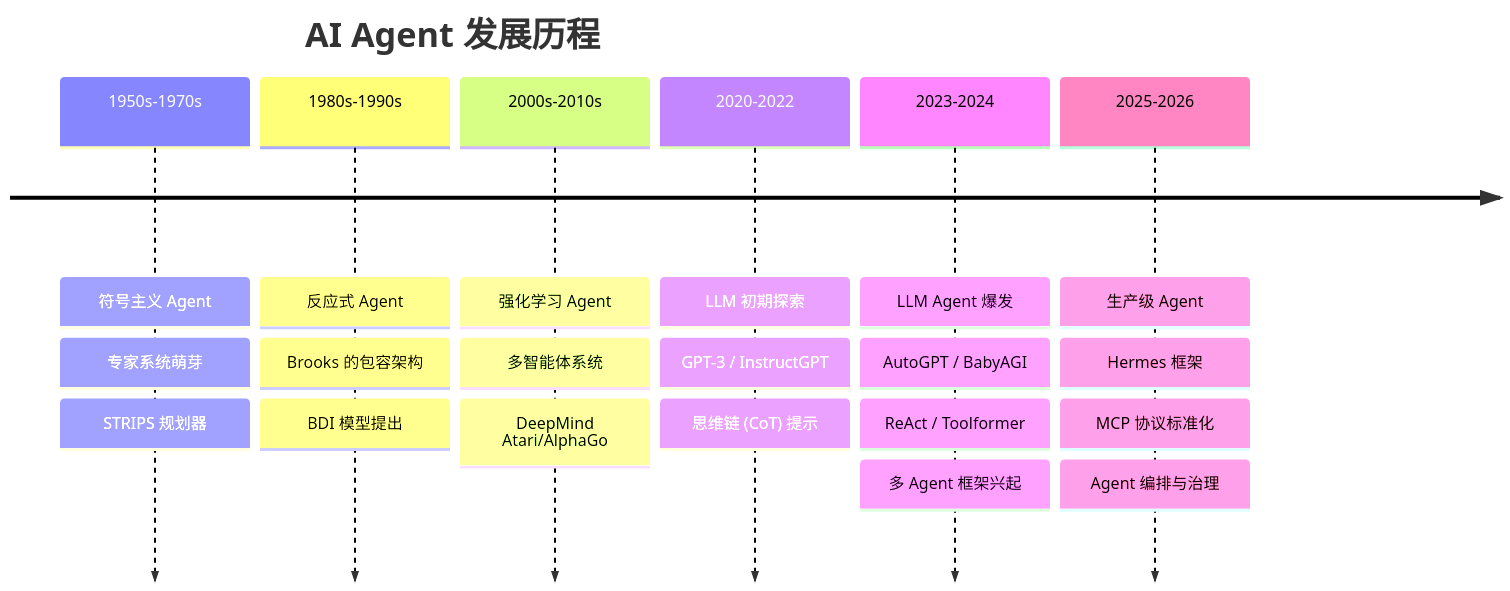
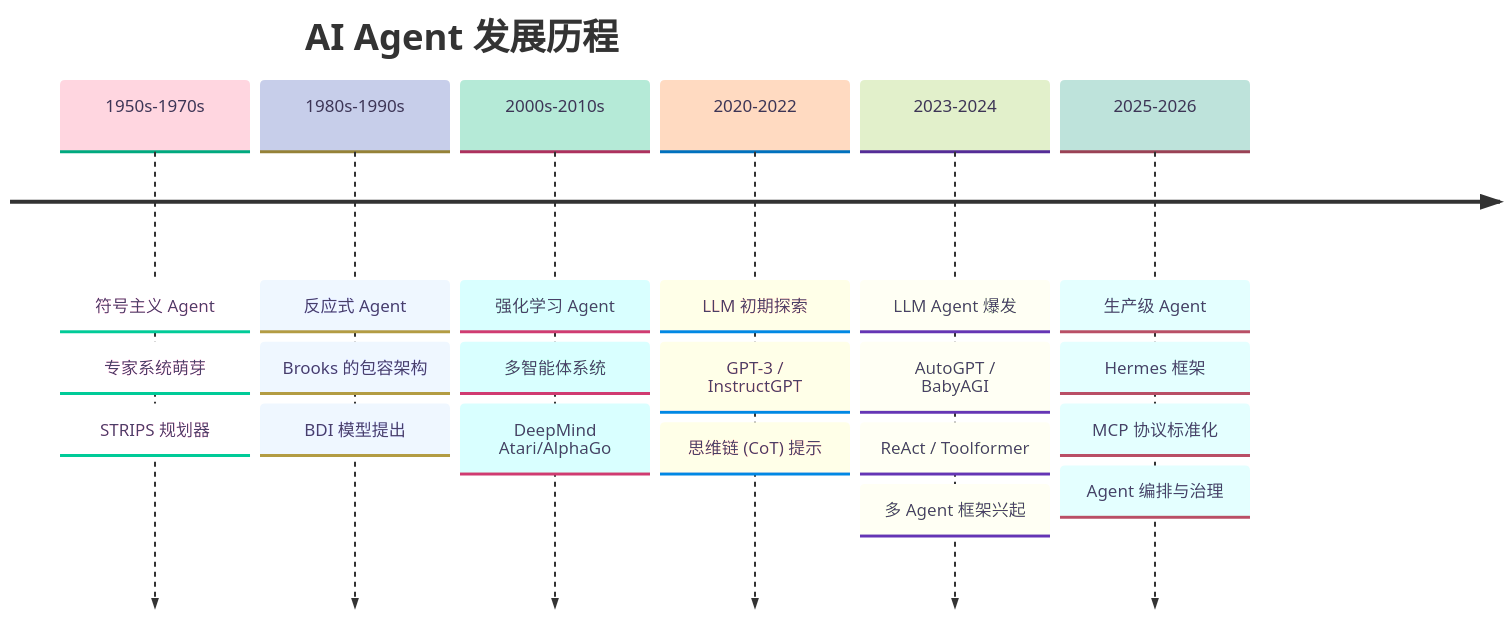
The first of 12 diagrams in _posts/2026-04-15-ai-agent.md (caoping0623/caoping0623.github.io), drawn with Mermaid before and after one commit. The commit also changed 6 other files, not shown here.

First line of the commit message:
feat: remove test posts, improve ai-agent diagrams, add collapsible TOC sidebar

```diff
--- a/_posts/2026-04-15-ai-agent.md
+++ b/_posts/2026-04-15-ai-agent.md
@@ -15,24 +15,25 @@
 <div class="mermaid">
+%%{init: {'theme': 'base', 'themeVariables': {'fontSize': '17px', 'cScale0': '#ffd6e0', 'cScale1': '#c7ceea', 'cScale2': '#b5ead7', 'cScale3': '#ffdac1', 'cScale4': '#e2f0cb', 'cScale5': '#bee3db', 'cScale6': '#d4bbff', 'cScale7': '#ffe0b2', 'cScale8': '#b2dfdb', 'cScale9': '#f8bbd0', 'cScaleLabel0': '#3d3556', 'cScaleLabel1': '#3d3556', 'cScaleLabel2': '#3d3556', 'cScaleLabel3': '#3d3556', 'cScaleLabel4': '#3d3556', 'cScaleLabel5': '#3d3556', 'cScaleLabel6': '#3d3556', 'cScaleLabel7': '#3d3556'}}}%%
 timeline
     title AI Agent 发展历程
     1950s-1970s : 符号主义 Agent
                 : 专家系统萌芽
                 : STRIPS 规划器
     1980s-1990s : 反应式 Agent
                 : Brooks 的包容架构
                 : BDI 模型提出
     2000s-2010s : 强化学习 Agent
                 : 多智能体系统
                 : DeepMind Atari/AlphaGo
     2020-2022   : LLM 初期探索
                 : GPT-3 / InstructGPT
                 : 思维链 (CoT) 提示
     2023-2024   : LLM Agent 爆发
                 : AutoGPT / BabyAGI
                 : ReAct / Toolformer
                 : 多 Agent 框架兴起
     2025-2026   : 生产级 Agent
                 : Hermes 框架
                 : MCP 协议标准化
                 : Agent 编排与治理
 </div>
```
